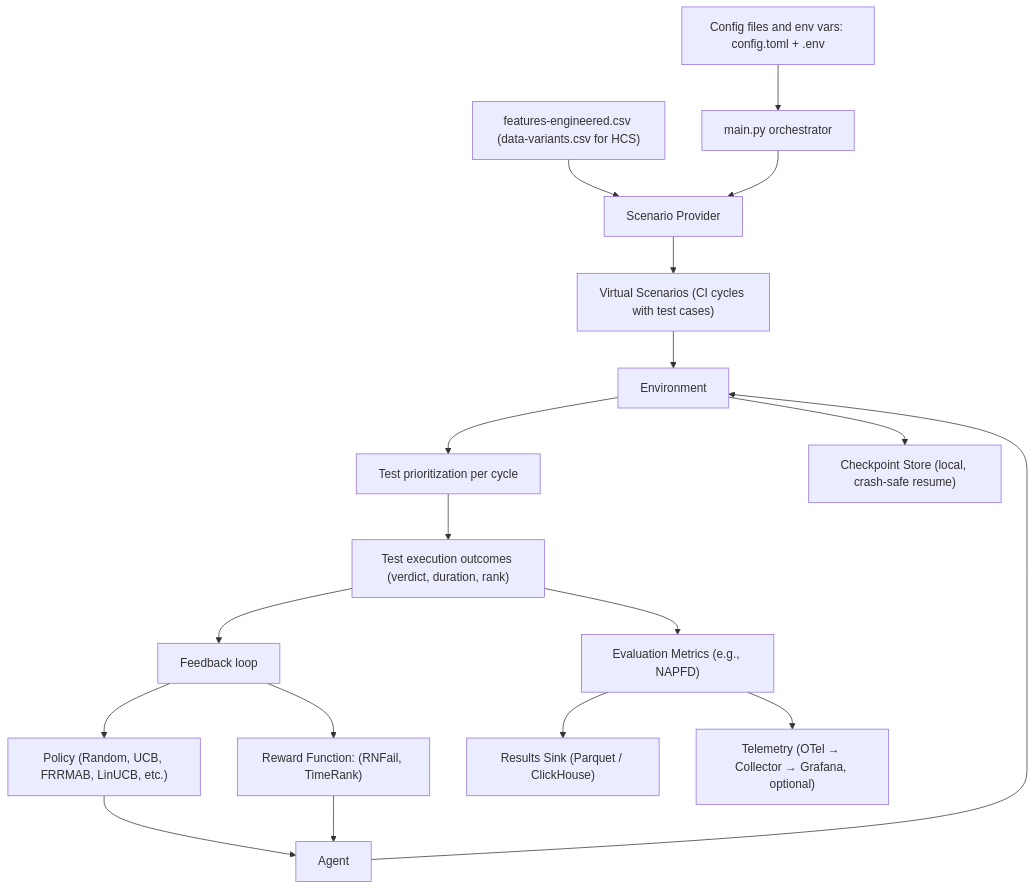
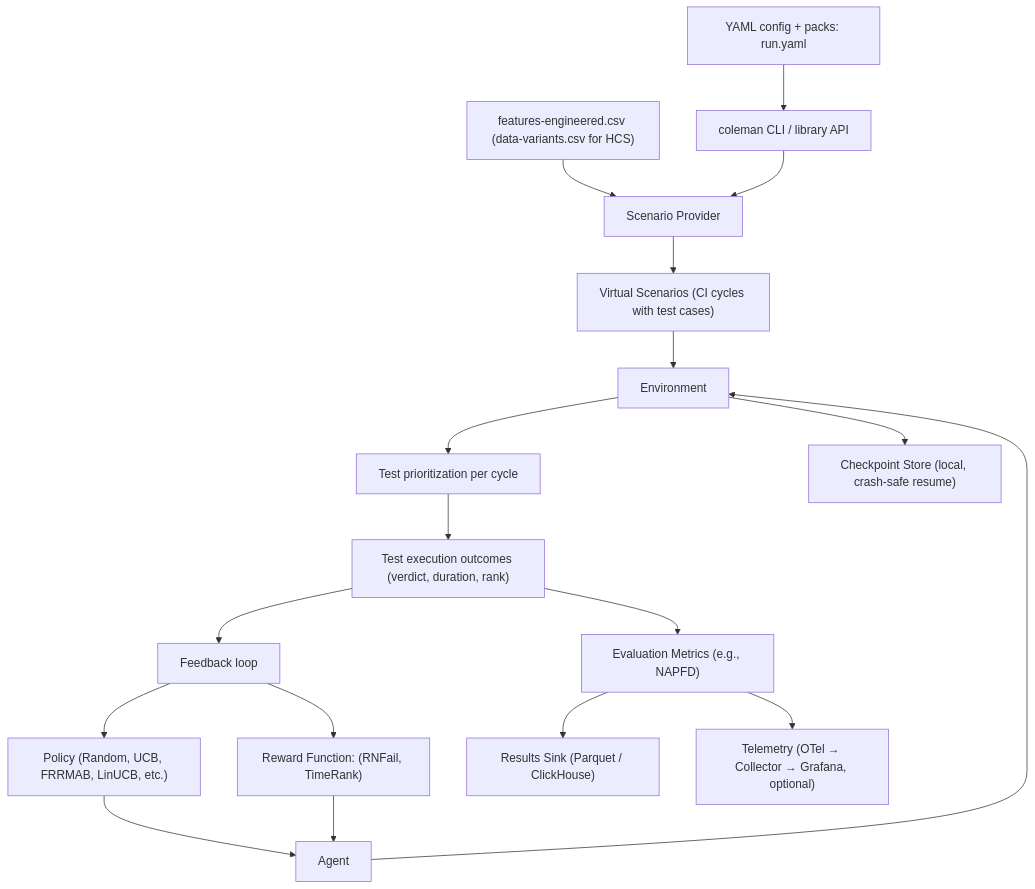
One commit to jacksonpradolima/coleman4hcs changed the diagram in README.md. Above: the diagram before and after it, drawn with Mermaid. The commit also changed other lines of this file and 25 other files, not shown here.

First line of the commit message:
refactor!: remove config.toml, config/config.py, main.py, .env.example; add packs + run.yaml + runner module

````diff
--- a/README.md
+++ b/README.md
@@ -601,25 +594,25 @@
 ```mermaid
 flowchart TD
-    A[Config files and env vars: config.toml + .env] --> B[main.py orchestrator]
+    A[YAML config + packs: run.yaml] --> B[coleman CLI / library API]
     C["features-engineered.csv (data-variants.csv for HCS)"] --> D[Scenario Provider]
     B --> D
 
     D --> E["Virtual Scenarios (CI cycles with test cases)"]
     E --> F[Environment]
 
     G["Policy (Random, UCB, FRRMAB, LinUCB, etc.)"] --> H[Agent]
     I["Reward Function: (RNFail, TimeRank)"] --> H
     H --> F
 
     F --> J[Test prioritization per cycle]
     J --> K["Test execution outcomes (verdict, duration, rank)"]
     K --> L["Evaluation Metrics (e.g., NAPFD)"]
     L --> M["Results Sink (Parquet / ClickHouse)"]
     L --> P["Telemetry (OTel → Collector → Grafana, optional)"]
 
     F --> Q["Checkpoint Store (local, crash-safe resume)"]
 
     K --> O[Feedback loop]
     O --> I
     O --> G
 ```
````
